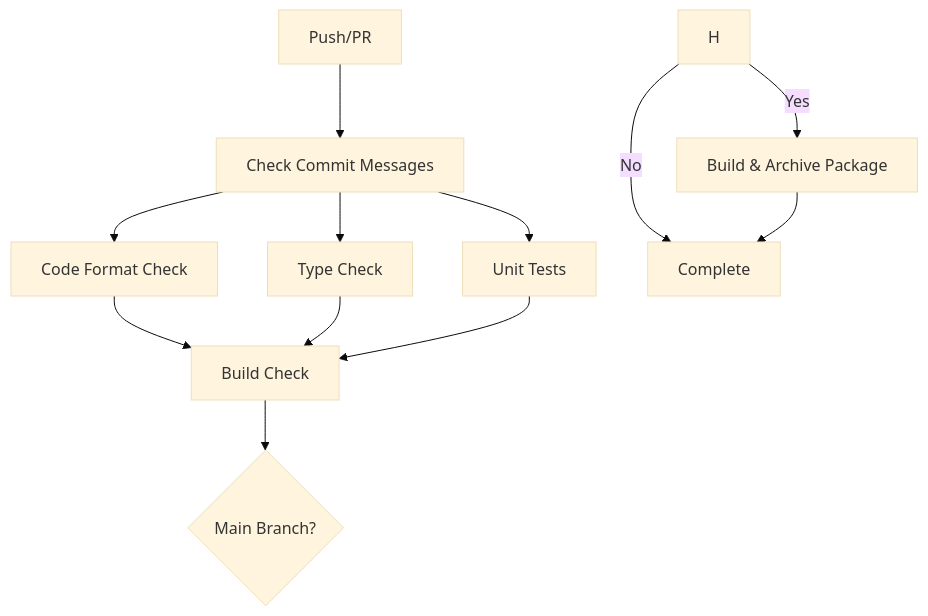
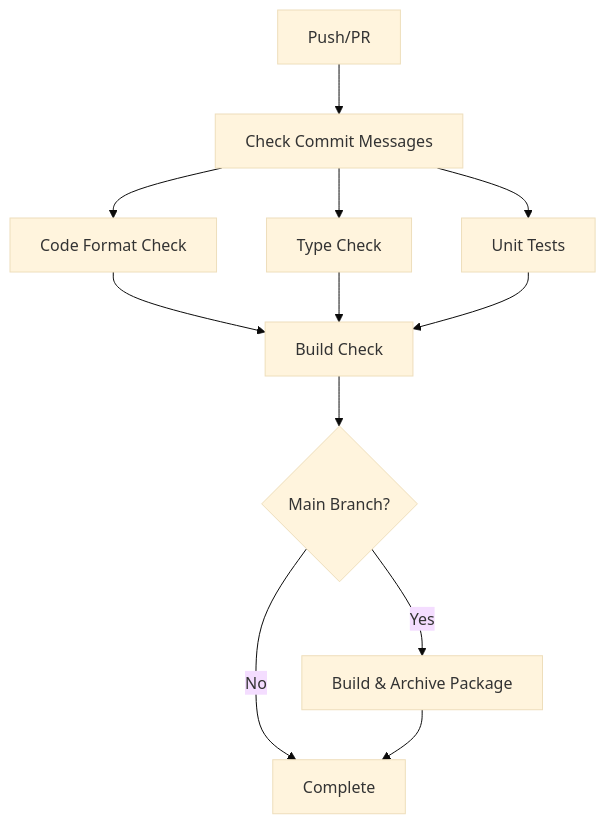
Before and after one commit to Sz-Ltc/CICD-Test-v2: the diagram in README.md, drawn with Mermaid (base theme).

Commit message:
update[readme]: update readme (#4)
Problem:
  - readme

Solution:
  - update readme

Test:
  - no test

JIRA: SZ-666

````diff
--- a/README.md
+++ b/README.md
@@ -133,14 +133,14 @@
 ```mermaid
 graph TD
     A[Push/PR] --> B[Check Commit Messages]
     B --> C[Code Format Check]
     B --> D[Type Check]
     B --> E[Unit Tests]
     C --> F[Build Check]
     D --> F
     E --> F
     F --> G{Main Branch?}
-    H -->|Yes| I[Build & Archive Package]
-    H -->|No| J[Complete]
+    G -->|Yes| I[Build & Archive Package]
+    G -->|No| J[Complete]
     I --> J
 ```
````
